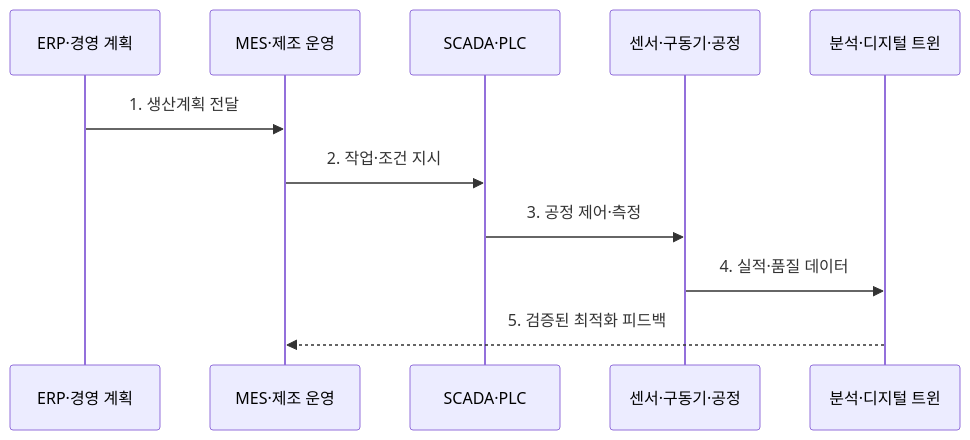
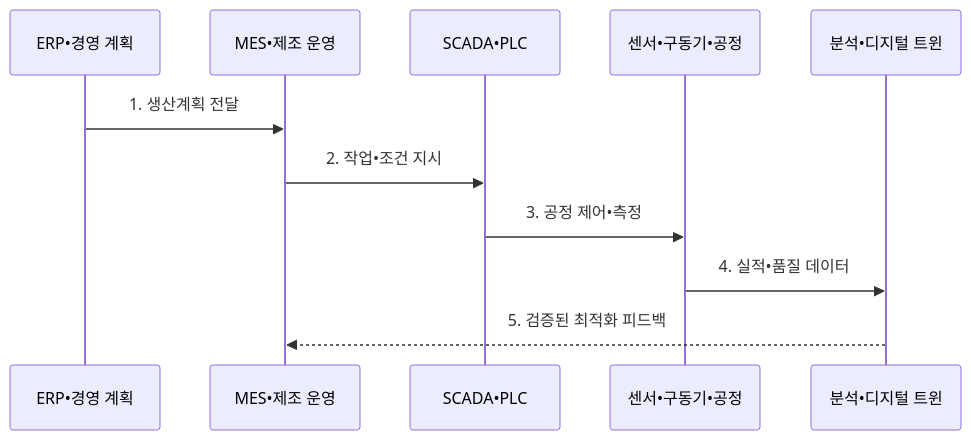
Before and after one commit to agnusdei1207/knowledge-base: the second of 2 diagrams in src/content/docs/notes/08-latest-tech/201_smart_factory.md, drawn with Mermaid. The commit also changed other lines of this file and 953 other files, not shown here.

````diff
--- a/src/content/docs/notes/08-latest-tech/201_smart_factory.md
+++ b/src/content/docs/notes/08-latest-tech/201_smart_factory.md
@@ -101,13 +101,13 @@
 ```mermaid
 sequenceDiagram
-  participant E as ERP·경영 계획
-  participant M as MES·제조 운영
-  participant C as SCADA·PLC
-  participant F as 센서·구동기·공정
-  participant A as 분석·디지털 트윈
+  participant E as ERP•경영 계획
+  participant M as MES•제조 운영
+  participant C as SCADA•PLC
+  participant F as 센서•구동기•공정
+  participant A as 분석•디지털 트윈
   E->>M: 1. 생산계획 전달
-  M->>C: 2. 작업·조건 지시
-  C->>F: 3. 공정 제어·측정
-  F->>A: 4. 실적·품질 데이터
+  M->>C: 2. 작업•조건 지시
+  C->>F: 3. 공정 제어•측정
+  F->>A: 4. 실적•품질 데이터
   A-->>M: 5. 검증된 최적화 피드백
 ```
````
